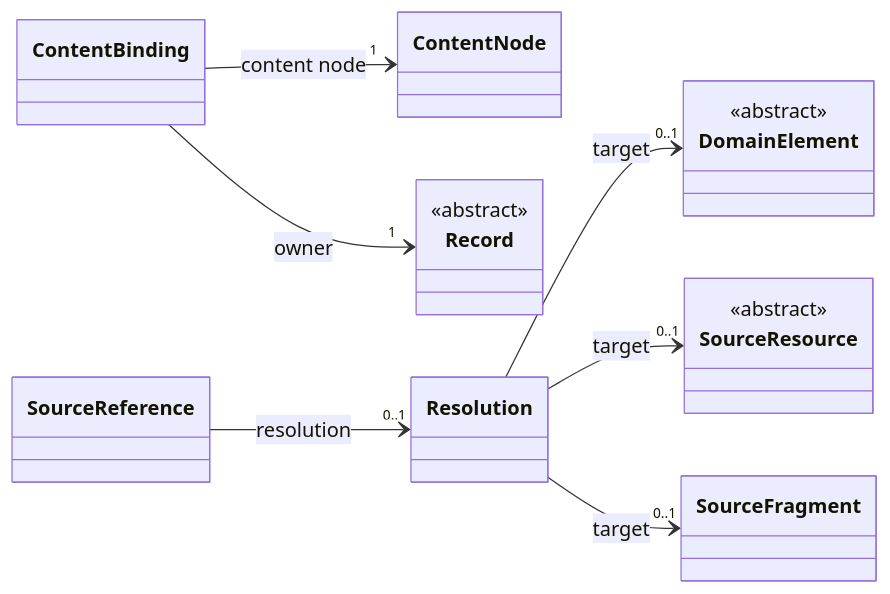
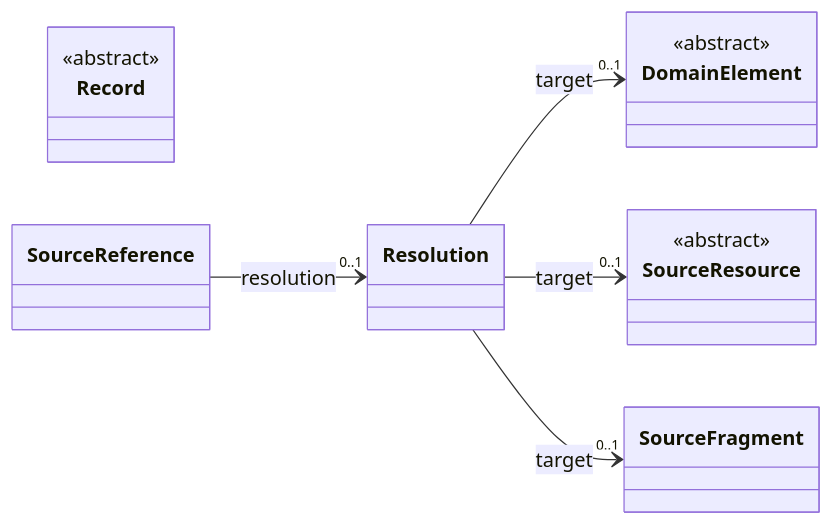
One commit to craigsmitham/dotspec changed diagram 15 of 16 in docs/reference/model/core.md. Above: the diagram before and after it, drawn with Mermaid. The commit also changed other lines of this file and 189 other files, not shown here.

````diff
--- a/docs/reference/model/core.md
+++ b/docs/reference/model/core.md
@@ -357,21 +356,17 @@
 ```mermaid
 classDiagram
     direction LR
-    class ContentBinding
-    class ContentNode
     class Record
     <<abstract>> Record
     class SourceReference
     class Resolution
     class DomainElement
     <<abstract>> DomainElement
     class SourceResource
     <<abstract>> SourceResource
     class SourceFragment
-    ContentBinding --> "1" ContentNode : content node
-    ContentBinding --> "1" Record : owner
     SourceReference --> "0..1" Resolution : resolution
     Resolution --> "0..1" DomainElement : target
     Resolution --> "0..1" SourceResource : target
     Resolution --> "0..1" SourceFragment : target
 ```
````
